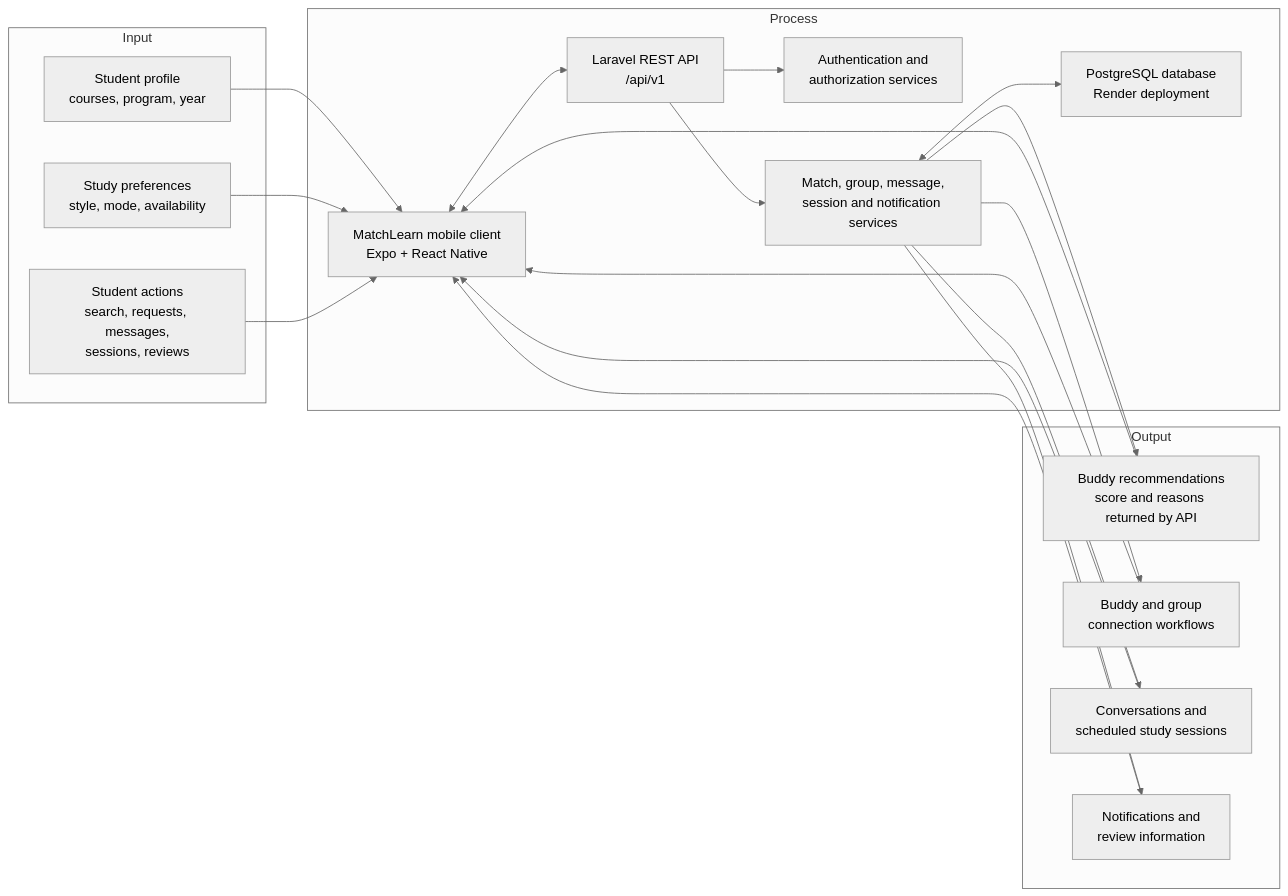
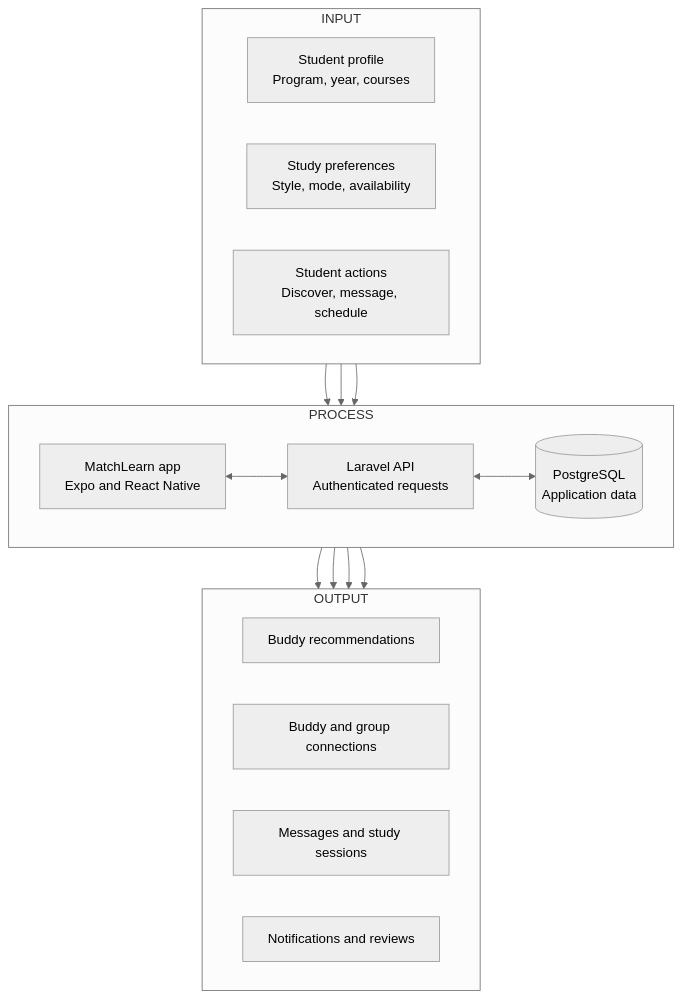
The second of 10 diagrams in MatchLearn_Mermaid_Diagrams.md (eescatin-ui/MatchLearn), drawn with Mermaid (neutral theme) before and after one commit. The commit also changed other lines of this file and 20 other files, not shown here.

````diff
--- a/MatchLearn_Mermaid_Diagrams.md
+++ b/MatchLearn_Mermaid_Diagrams.md
@@ -7,39 +39,34 @@
 ```mermaid
-flowchart LR
-    subgraph INPUT["Input"]
-        P["Student profile<br/>courses, program, year"]
-        PREF["Study preferences<br/>style, mode, availability"]
-        ACTION["Student actions<br/>search, requests, messages,<br/>sessions, reviews"]
+flowchart TB
+    subgraph INPUT["INPUT"]
+        direction LR
+        PROFILE["Student profile<br/>Program, year, courses"]
+        PREFERENCES["Study preferences<br/>Style, mode, availability"]
+        ACTIONS["Student actions<br/>Discover, message, schedule"]
     end
 
-    subgraph PROCESS["Process"]
-        APP["MatchLearn mobile client<br/>Expo + React Native"]
-        API["Laravel REST API<br/>/api/v1"]
-        AUTH["Authentication and<br/>authorization services"]
-        MATCH["Match, group, message,<br/>session and notification services"]
-        DB["PostgreSQL database<br/>Render deployment"]
+    subgraph PROCESS["PROCESS"]
+        direction LR
+        APP["MatchLearn app<br/>Expo and React Native"]
+        API["Laravel API<br/>Authenticated requests"]
+        DATABASE[("PostgreSQL<br/>Application data")]
     end
 
-    subgraph OUTPUT["Output"]
-        SUGGEST["Buddy recommendations<br/>score and reasons returned by API"]
-        CONNECTIONS["Buddy and group<br/>connection workflows"]
-        COLLAB["Conversations and<br/>scheduled study sessions"]
-        ACTIVITY["Notifications and<br/>review information"]
+    subgraph OUTPUT["OUTPUT"]
+        direction LR
+        MATCHES["Buddy recommendations"]
+        CONNECTIONS["Buddy and group connections"]
+        COORDINATION["Messages and study sessions"]
+        ACTIVITY["Notifications and reviews"]
     end
 
-    P --> APP
-    PREF --> APP
-    ACTION --> APP
+    PROFILE --> APP
+    PREFERENCES --> APP
+    ACTIONS --> APP
     APP <--> API
-    API --> AUTH
-    API --> MATCH
-    MATCH <--> DB
-    MATCH --> SUGGEST
-    MATCH --> CONNECTIONS
-    MATCH --> COLLAB
-    MATCH --> ACTIVITY
-    SUGGEST --> APP
-    CONNECTIONS --> APP
-    COLLAB --> APP
-    ACTIVITY --> APP
+    API <--> DATABASE
+    API --> MATCHES
+    API --> CONNECTIONS
+    API --> COORDINATION
+    API --> ACTIVITY
 ```
````
